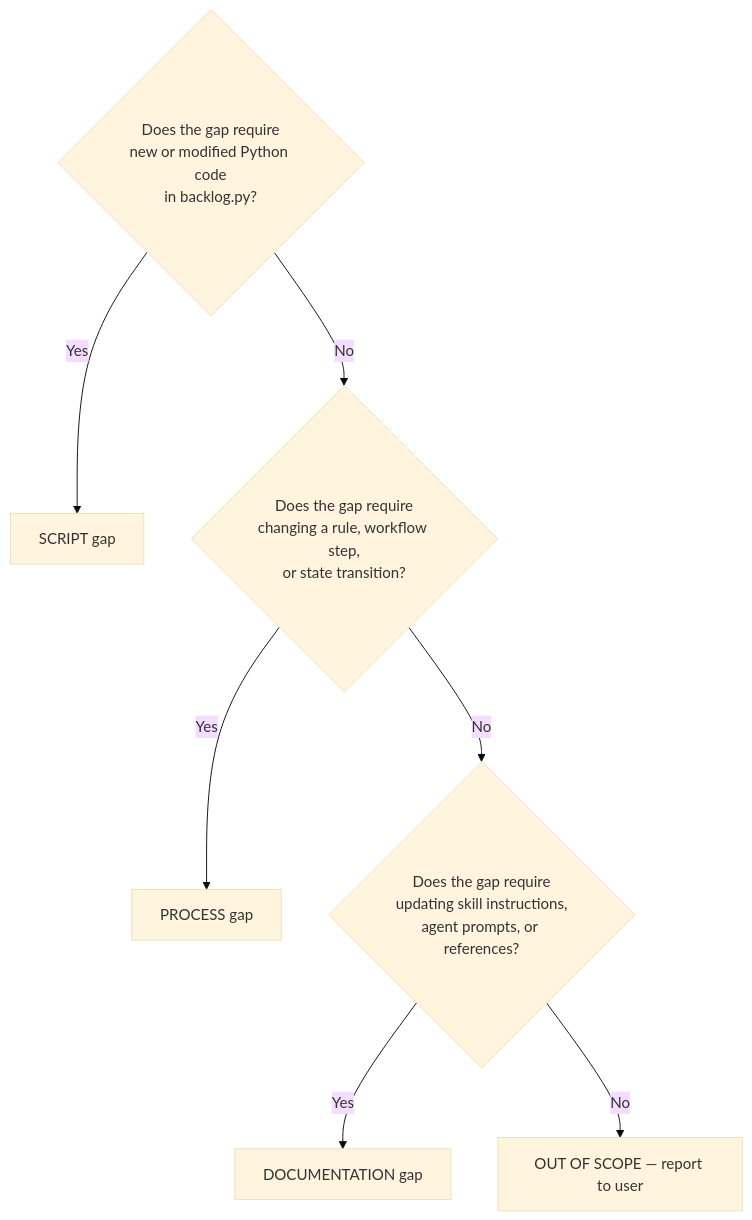
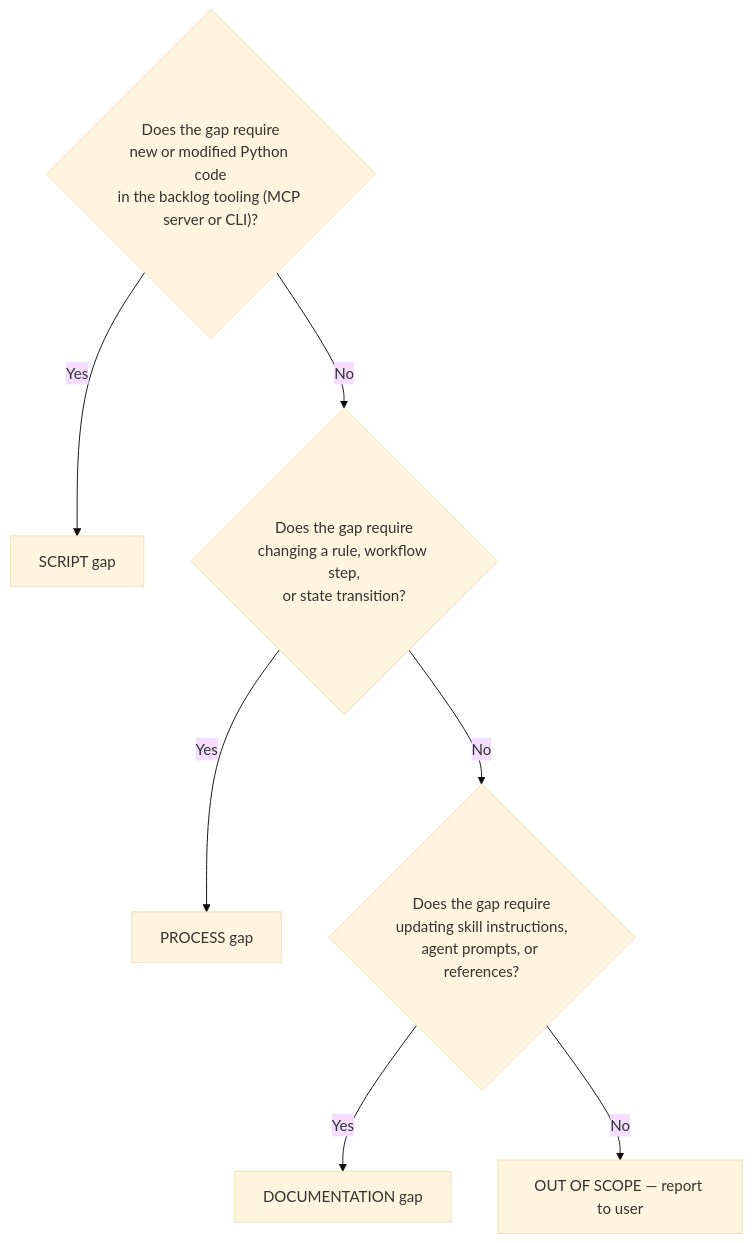
One commit to chgreer1070/claude_skills changed the second of 2 diagrams in .claude/skills/backlog-tools-administrator/SKILL.md. Above: the diagram before and after it, drawn with Mermaid (base theme). The commit also changed other lines of this file and 1 other file, not shown here.

First line of the commit message:
feat(backlog): complete Task 9 — update backlog-tools-administrator for MCP

````diff
--- a/.claude/skills/backlog-tools-administrator/SKILL.md
+++ b/.claude/skills/backlog-tools-administrator/SKILL.md
@@ -57,9 +57,9 @@
 ```mermaid
 flowchart TD
-    Q1{"Does the gap require<br>new or modified Python code<br>in backlog.py?"} -->|Yes| Script["SCRIPT gap"]
+    Q1{"Does the gap require<br>new or modified Python code<br>in the backlog tooling (MCP server or CLI)?"} -->|Yes| Script["SCRIPT gap"]
     Q1 -->|No| Q2{"Does the gap require<br>changing a rule, workflow step,<br>or state transition?"}
     Q2 -->|Yes| Process["PROCESS gap"]
     Q2 -->|No| Q3{"Does the gap require<br>updating skill instructions,<br>agent prompts, or references?"}
     Q3 -->|Yes| Docs["DOCUMENTATION gap"]
     Q3 -->|No| OOS["OUT OF SCOPE — report to user"]
 ```
````
